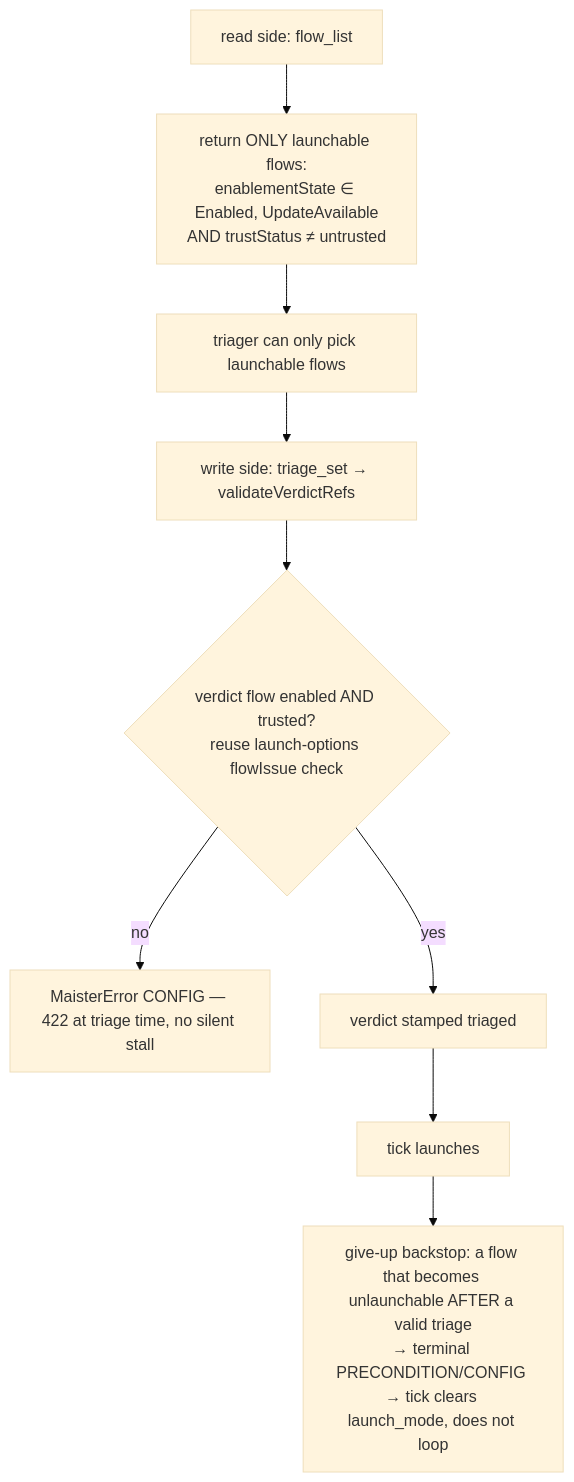
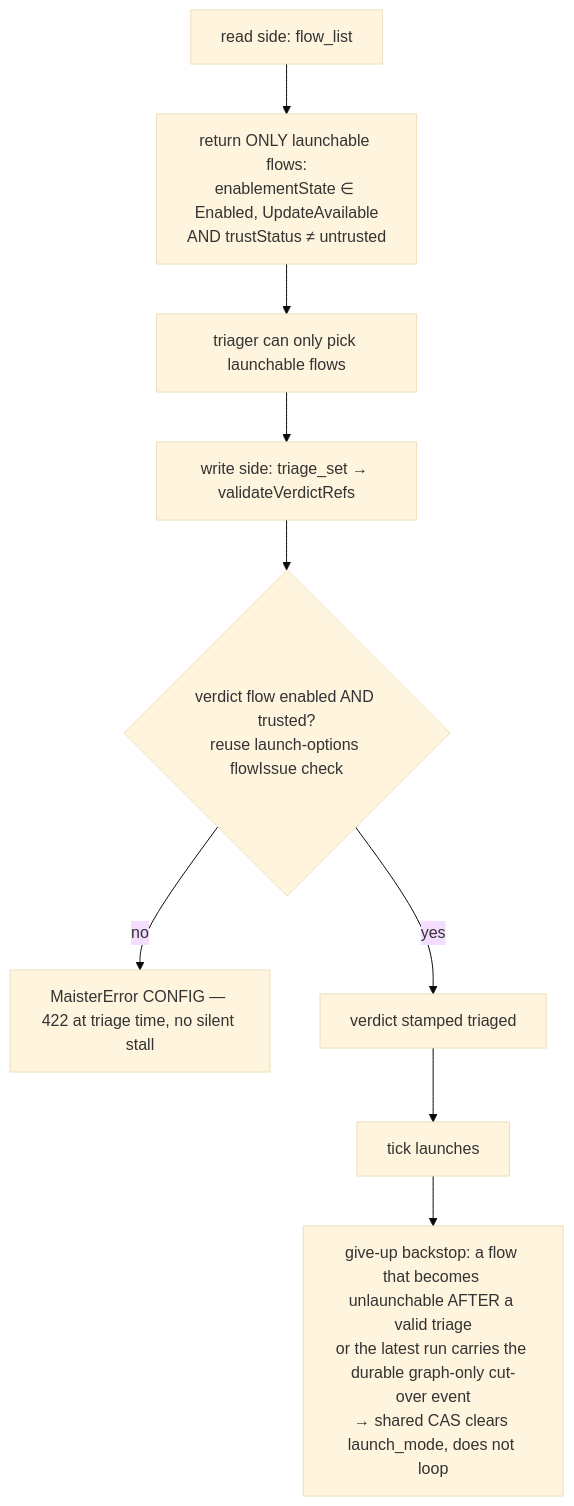
The fourth of 4 diagrams in docs/system-analytics/triage.md (maister-dev/maister), drawn with Mermaid (base theme) before and after one commit. The commit also changed other lines of this file and 34 other files, not shown here.

````diff
--- a/docs/system-analytics/triage.md
+++ b/docs/system-analytics/triage.md
@@ -187,11 +189,11 @@
 ```mermaid
 flowchart TD
     R[read side: flow_list] --> RF[return ONLY launchable flows:<br/>enablementState ∈ Enabled, UpdateAvailable<br/>AND trustStatus ≠ untrusted]
     RF --> AGENT[triager can only pick launchable flows]
     AGENT --> W[write side: triage_set → validateVerdictRefs]
     W --> WV{verdict flow enabled AND trusted?<br/>reuse launch-options flowIssue check}
     WV -- no --> CFG[MaisterError CONFIG — 422 at triage time, no silent stall]
     WV -- yes --> OK[verdict stamped triaged]
     OK --> TICK[tick launches]
-    TICK --> GB[give-up backstop: a flow that becomes unlaunchable AFTER a valid triage<br/>→ terminal PRECONDITION/CONFIG → tick clears launch_mode, does not loop]
+    TICK --> GB[give-up backstop: a flow that becomes unlaunchable AFTER a valid triage<br/>or the latest run carries the durable graph-only cut-over event<br/>→ shared CAS clears launch_mode, does not loop]
 ```
````
